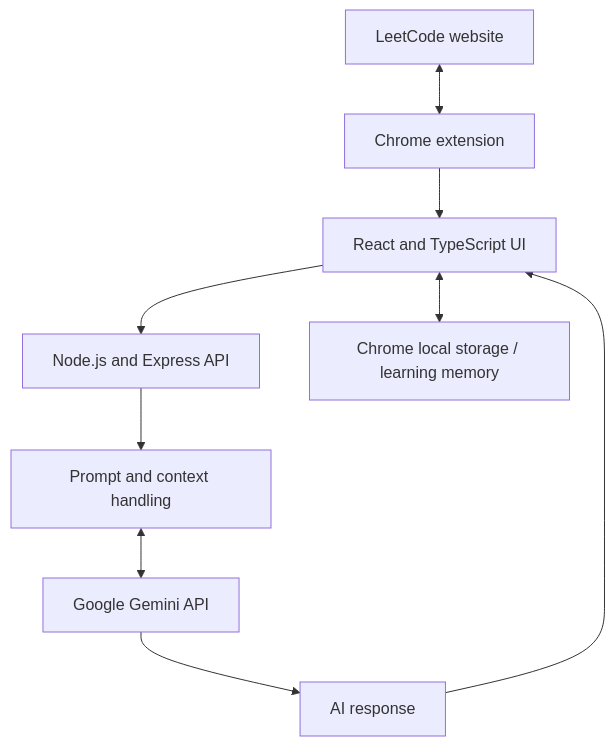
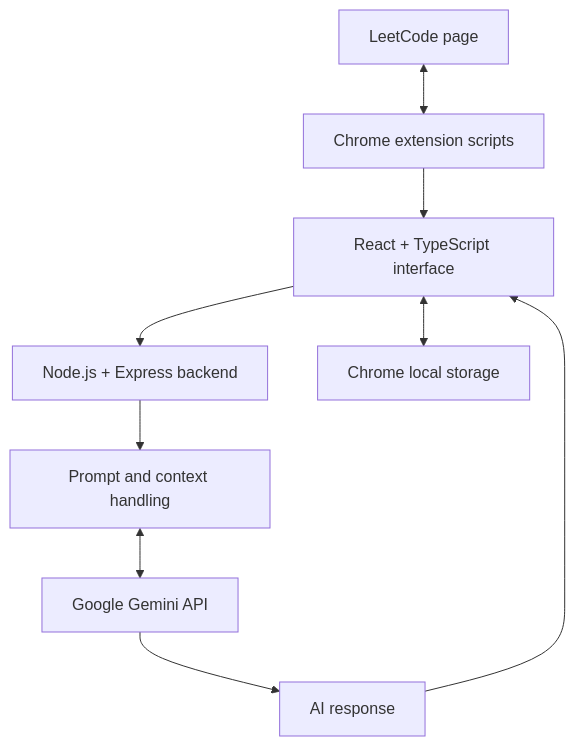
The second of 2 diagrams in README.md (kritika12-source/PatternMind-Ai), drawn with Mermaid before and after one commit. The commit also changed other lines of this file and 7 other files, not shown here.

````diff
--- a/README.md
+++ b/README.md
@@ -103,11 +107,11 @@
 ```mermaid
 flowchart TD
-    A[LeetCode website] <--> B[Chrome extension]
-    B --> C[React and TypeScript UI]
-    C --> D[Node.js and Express API]
-    D --> E[Prompt and context handling]
-    E <--> F[Google Gemini API]
-    F --> G[AI response]
+    A["LeetCode page"] <--> B["Chrome extension scripts"]
+    B --> C["React + TypeScript interface"]
+    C --> D["Node.js + Express backend"]
+    D --> E["Prompt and context handling"]
+    E <--> F["Google Gemini API"]
+    F --> G["AI response"]
     G --> C
-    C <--> H[Chrome local storage / learning memory]
+    C <--> H["Chrome local storage"]
 ```
````
